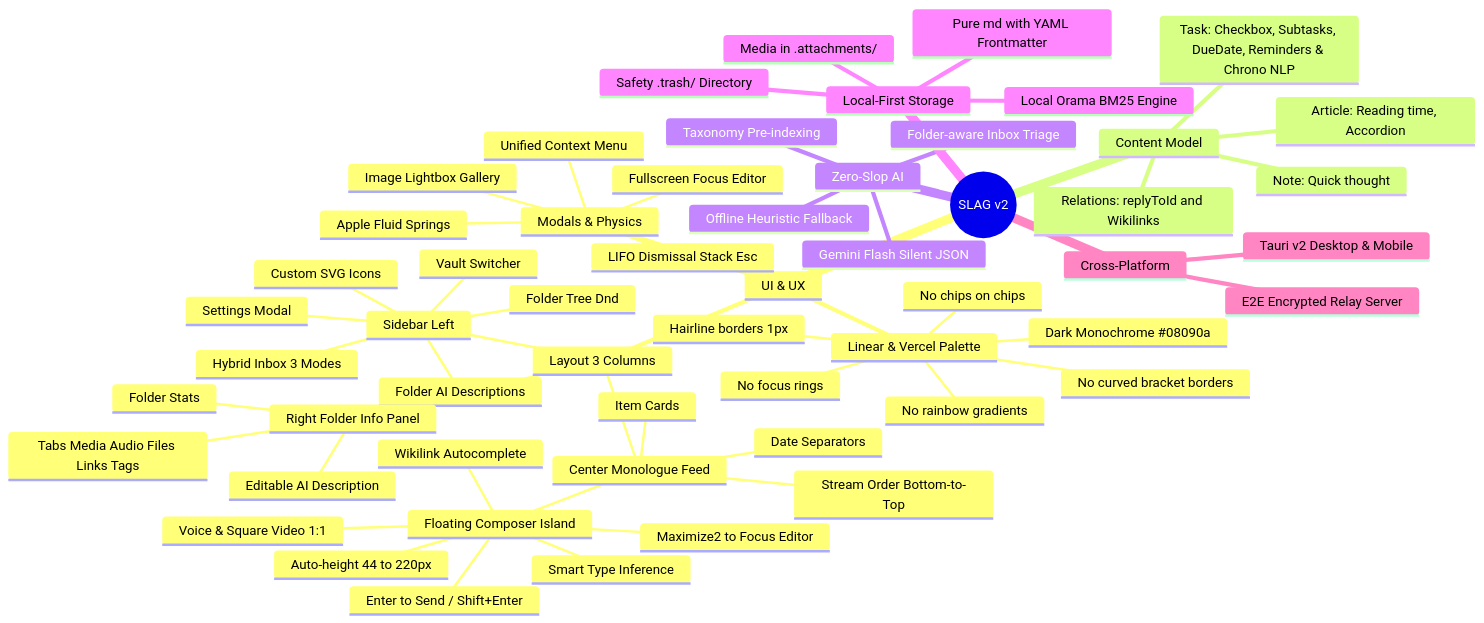
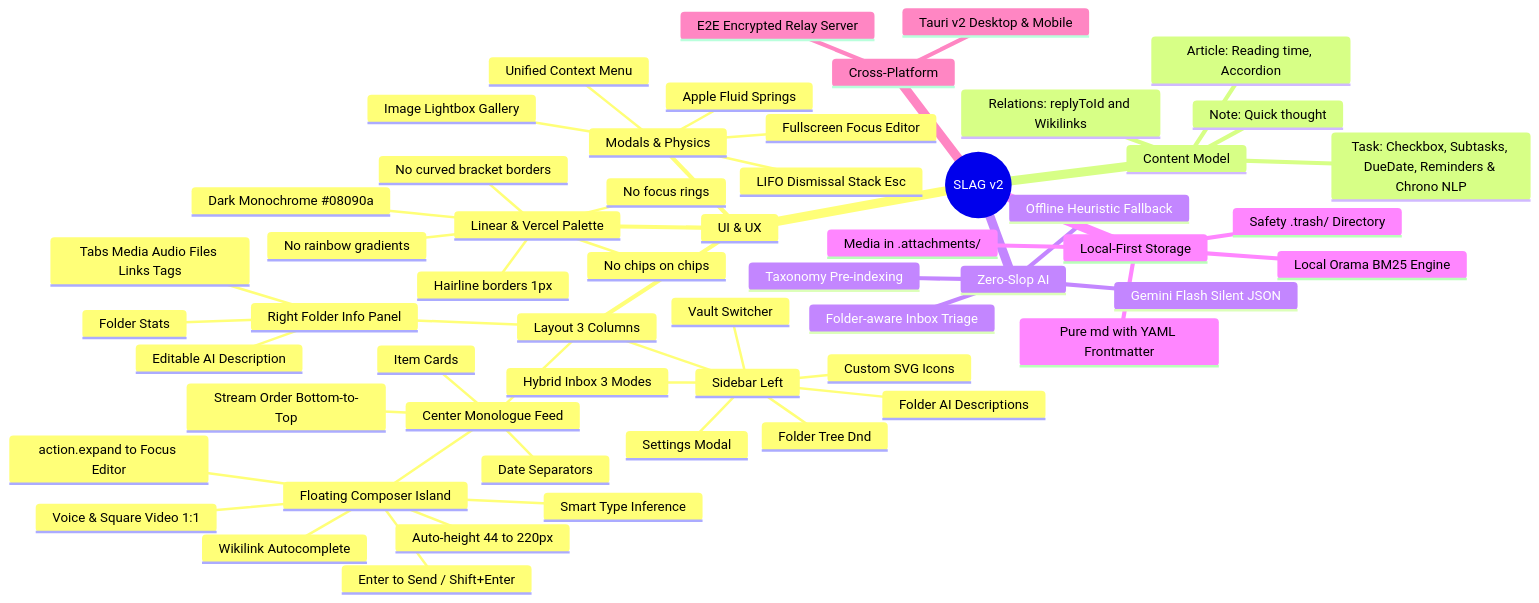
Before and after one commit to wssdozh/slag-v2: the diagram in docs/project-map/00_MOC_Map_of_Content.md, drawn with Mermaid. The commit also changed 83 other files, not shown here.

````diff
--- a/docs/project-map/00_MOC_Map_of_Content.md
+++ b/docs/project-map/00_MOC_Map_of_Content.md
@@ -93,59 +93,59 @@
 ```mermaid
 mindmap
   root((SLAG v2))
     UI & UX
       Linear & Vercel Palette
         Dark Monochrome #08090a
         Hairline borders 1px
         No rainbow gradients
         No chips on chips
         No curved bracket borders
         No focus rings
       Layout 3 Columns
         Sidebar Left
           Folder Tree Dnd
           Custom SVG Icons
           Folder AI Descriptions
           Hybrid Inbox 3 Modes
           Vault Switcher
           Settings Modal
         Center Monologue Feed
           Stream Order Bottom-to-Top
           Date Separators
           Item Cards
           Floating Composer Island
             Auto-height 44 to 220px
             Enter to Send / Shift+Enter
             Smart Type Inference
             Voice & Square Video 1:1
-            Maximize2 to Focus Editor
+            action.expand to Focus Editor
             Wikilink Autocomplete
         Right Folder Info Panel
           Editable AI Description
           Folder Stats
           Tabs Media Audio Files Links Tags
       Modals & Physics
         LIFO Dismissal Stack Esc
         Image Lightbox Gallery
         Fullscreen Focus Editor
         Unified Context Menu
         Apple Fluid Springs
     Content Model
       Note: Quick thought
       Task: Checkbox, Subtasks, DueDate, Reminders & Chrono NLP
       Article: Reading time, Accordion
       Relations: replyToId and Wikilinks
     Zero-Slop AI
       Gemini Flash Silent JSON
       Taxonomy Pre-indexing
       Folder-aware Inbox Triage
       Offline Heuristic Fallback
     Local-First Storage
       Pure md with YAML Frontmatter
       Safety .trash/ Directory
       Media in .attachments/
       Local Orama BM25 Engine
     Cross-Platform
       Tauri v2 Desktop & Mobile
       E2E Encrypted Relay Server
 ```
````
